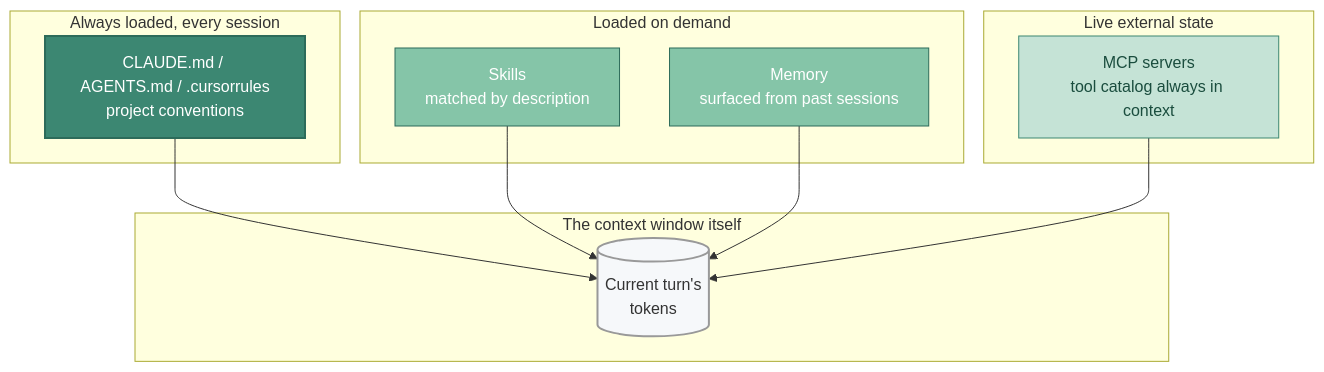
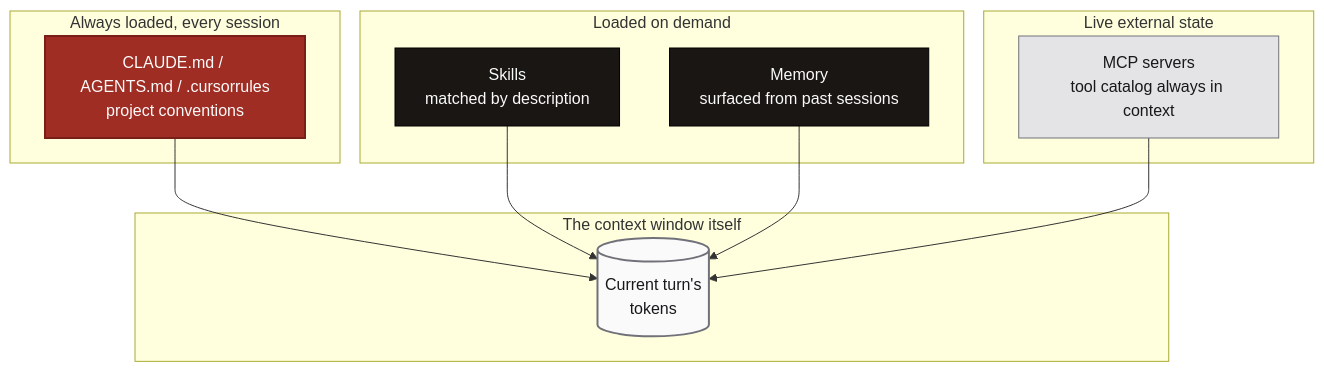
Before and after one commit to pochadri/ai-coding: the diagram in 04-understanding-and-context/context-engineering.md, drawn with Mermaid. The commit also changed 5 other files, not shown here.

````diff
--- a/04-understanding-and-context/context-engineering.md
+++ b/04-understanding-and-context/context-engineering.md
@@ -31,29 +31,29 @@
 ```mermaid
 flowchart TB
     subgraph Always["Always loaded, every session"]
       AGM[CLAUDE.md / AGENTS.md / .cursorrules<br/>project conventions]:::always
     end
 
     subgraph OnDemand["Loaded on demand"]
       SK[Skills<br/>matched by description]:::ondemand
       MEM[Memory<br/>surfaced from past sessions]:::ondemand
     end
 
     subgraph Live["Live external state"]
       MCP[MCP servers<br/>tool catalog always in context]:::live
     end
 
     subgraph Window["The context window itself"]
       CW[(Current turn's<br/>tokens)]:::window
     end
 
     AGM --> CW
     SK --> CW
     MEM --> CW
     MCP --> CW
 
-    classDef always fill:#3c8772,stroke:#2d6b5a,color:#fff,stroke-width:2px
-    classDef ondemand fill:#85c5a8,stroke:#2d6b5a,color:#fff
-    classDef live fill:#c5e3d6,stroke:#3c8772,color:#1a4d3e
-    classDef window fill:#f6f8fa,stroke:#999,color:#333,stroke-width:2px
+    classDef always fill:#9F2D24,stroke:#7A1F18,color:#FAFAFA,stroke-width:2px
+    classDef ondemand fill:#1A1614,stroke:#000000,color:#FAFAFA
+    classDef live fill:#E4E4E7,stroke:#71717A,color:#18181B
+    classDef window fill:#FAFAFA,stroke:#71717A,color:#18181B,stroke-width:2px
 ```
````
